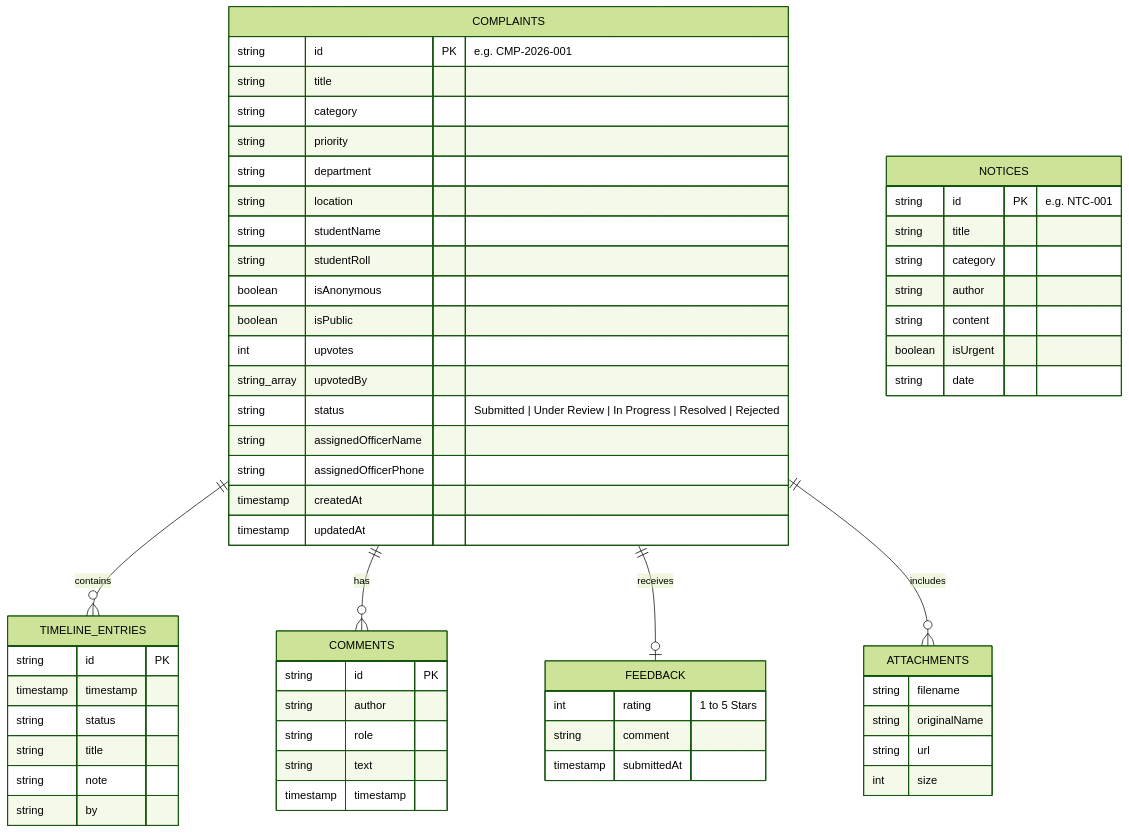
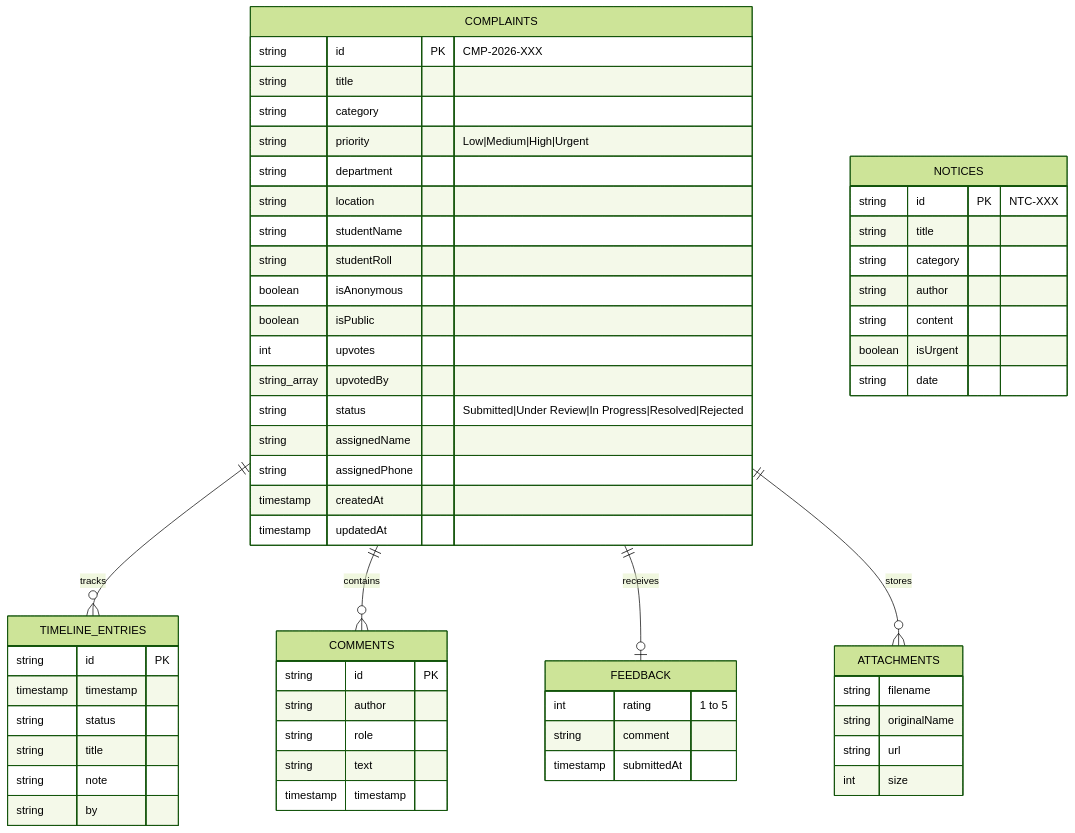
One commit to jatinbaghel7014-tech/collage-complaints-portal changed the fourth of 6 diagrams in README.md. Above: the diagram before and after it, drawn with Mermaid (forest theme). The commit also changed other lines of this file, not shown here.

````diff
--- a/README.md
+++ b/README.md
@@ -255,67 +210,67 @@
 ```mermaid
 erDiagram
-    COMPLAINTS ||--o{ TIMELINE_ENTRIES : contains
-    COMPLAINTS ||--o{ COMMENTS : has
+    COMPLAINTS ||--o{ TIMELINE_ENTRIES : tracks
+    COMPLAINTS ||--o{ COMMENTS : contains
     COMPLAINTS ||--o| FEEDBACK : receives
-    COMPLAINTS ||--o{ ATTACHMENTS : includes
+    COMPLAINTS ||--o{ ATTACHMENTS : stores
 
     COMPLAINTS {
-        string id PK "e.g. CMP-2026-001"
+        string id PK "CMP-2026-XXX"
         string title
         string category
-        string priority
+        string priority "Low|Medium|High|Urgent"
         string department
         string location
         string studentName
         string studentRoll
         boolean isAnonymous
         boolean isPublic
         int upvotes
         string_array upvotedBy
-        string status "Submitted | Under Review | In Progress | Resolved | Rejected"
-        string assignedOfficerName
-        string assignedOfficerPhone
+        string status "Submitted|Under Review|In Progress|Resolved|Rejected"
+        string assignedName
+        string assignedPhone
         timestamp createdAt
         timestamp updatedAt
     }
 
     TIMELINE_ENTRIES {
         string id PK
         timestamp timestamp
         string status
         string title
         string note
         string by
     }
 
     COMMENTS {
         string id PK
         string author
         string role
         string text
         timestamp timestamp
     }
 
     FEEDBACK {
-        int rating "1 to 5 Stars"
+        int rating "1 to 5"
         string comment
         timestamp submittedAt
     }
 
     ATTACHMENTS {
         string filename
         string originalName
         string url
         int size
     }
 
     NOTICES {
-        string id PK "e.g. NTC-001"
+        string id PK "NTC-XXX"
         string title
         string category
         string author
         string content
         boolean isUrgent
         string date
     }
 ```
````
